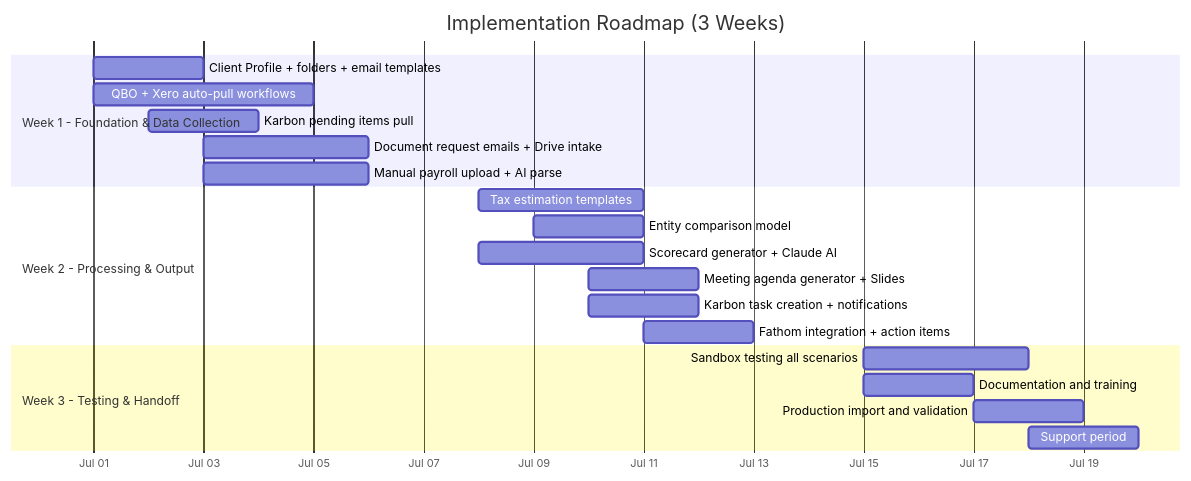
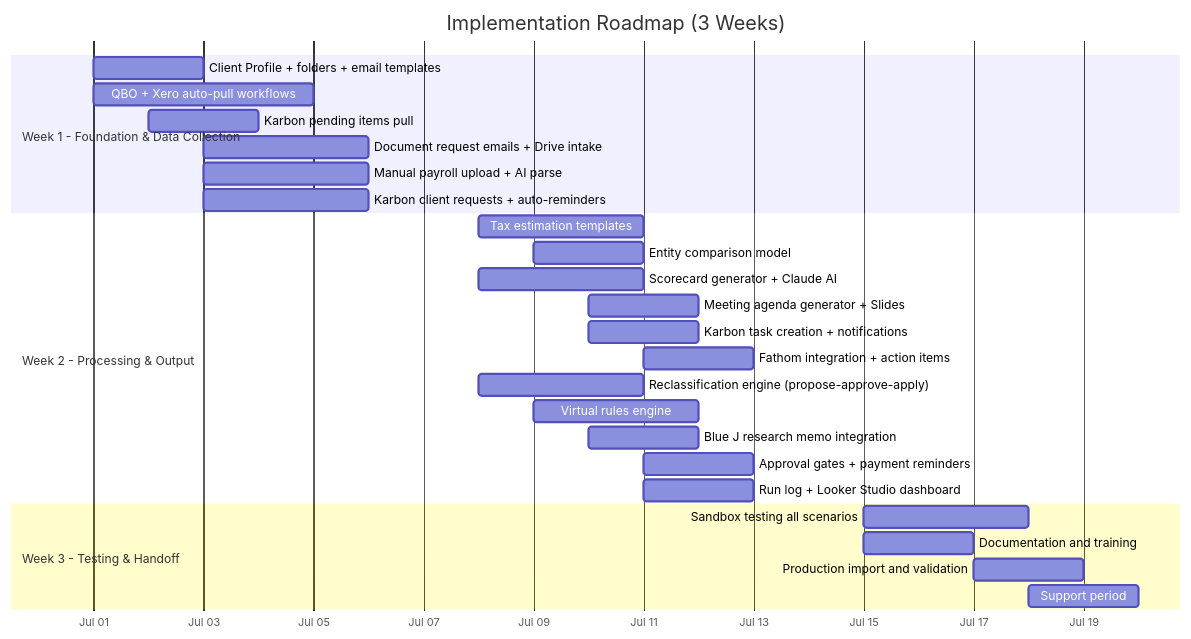
Diagram 21 of 23 in docs/quarterly-meeting-automation/05-Comprehensive-Workflow-Documentation.md (dkinvestments-art/n8n), drawn with Mermaid before and after one commit. The commit also changed other lines of this file, not shown here.

````diff
--- a/docs/quarterly-meeting-automation/05-Comprehensive-Workflow-Documentation.md
+++ b/docs/quarterly-meeting-automation/05-Comprehensive-Workflow-Documentation.md
@@ -943,27 +1079,33 @@
 ```mermaid
 gantt
     title Implementation Roadmap (3 Weeks)
     dateFormat YYYY-MM-DD
     axisFormat %b %d
 
     section Week 1 - Foundation & Data Collection
     Client Profile + folders + email templates :p1a, 2026-07-01, 2d
     QBO + Xero auto-pull workflows              :p1b, 2026-07-01, 4d
     Karbon pending items pull                   :p1c, 2026-07-02, 2d
     Document request emails + Drive intake      :p1d, 2026-07-03, 3d
     Manual payroll upload + AI parse            :p1e, 2026-07-03, 3d
+    Karbon client requests + auto-reminders     :p1f, 2026-07-03, 3d
 
     section Week 2 - Processing & Output
     Tax estimation templates                    :p2a, 2026-07-08, 3d
     Entity comparison model                     :p2b, 2026-07-09, 2d
     Scorecard generator + Claude AI             :p2c, 2026-07-08, 3d
     Meeting agenda generator + Slides           :p2d, 2026-07-10, 2d
     Karbon task creation + notifications        :p2e, 2026-07-10, 2d
     Fathom integration + action items           :p2f, 2026-07-11, 2d
+    Reclassification engine (propose-approve-apply) :p2g, 2026-07-08, 3d
+    Virtual rules engine                        :p2h, 2026-07-09, 3d
+    Blue J research memo integration            :p2i, 2026-07-10, 2d
+    Approval gates + payment reminders          :p2j, 2026-07-11, 2d
+    Run log + Looker Studio dashboard           :p2k, 2026-07-11, 2d
 
     section Week 3 - Testing & Handoff
     Sandbox testing all scenarios               :p3a, 2026-07-15, 3d
     Documentation and training                  :p3b, 2026-07-15, 2d
     Production import and validation            :p3c, 2026-07-17, 2d
     Support period                              :p3d, 2026-07-18, 2d
 ```
````
